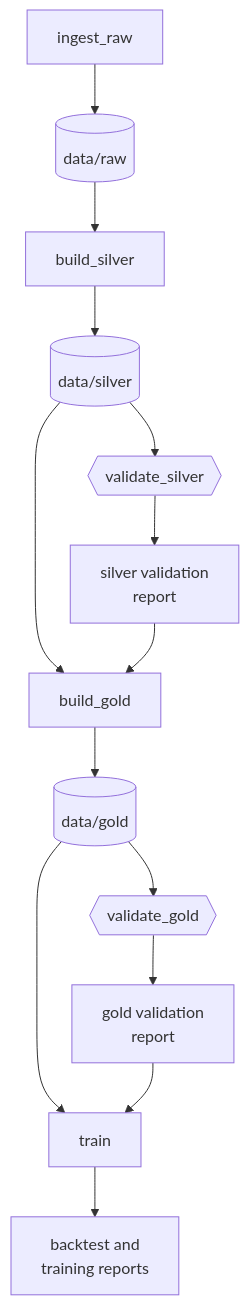
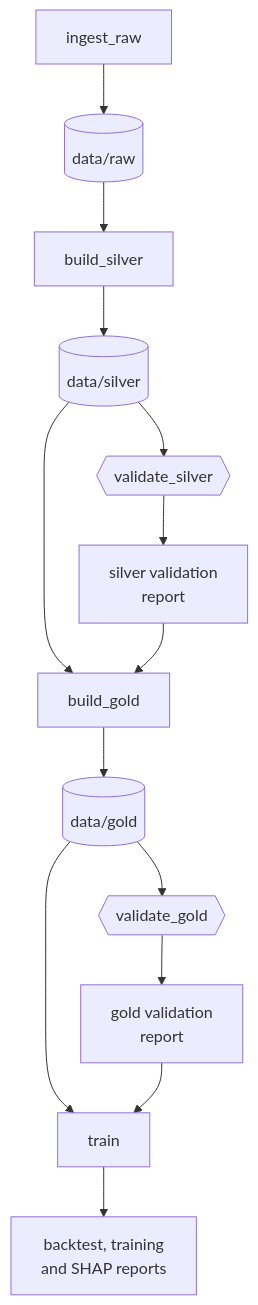
Before and after one commit to hazimmm/nyc-taxi-demand-mlops: the diagram in docs/learning/21-a-pipeline-that-knows-what-changed.md, drawn with Mermaid. The commit also changed other lines of this file and 28 other files, not shown here.

````diff
--- a/docs/learning/21-a-pipeline-that-knows-what-changed.md
+++ b/docs/learning/21-a-pipeline-that-knows-what-changed.md
@@ -98,16 +98,16 @@
 ```mermaid
 flowchart TD
     A["ingest_raw"] --> R[("data/raw")]
     R --> B["build_silver"]
     B --> S[("data/silver")]
     S --> G1{{"validate_silver"}}
     G1 --> P1["silver validation<br/>report"]
     S --> C["build_gold"]
     P1 --> C
     C --> GO[("data/gold")]
     GO --> G2{{"validate_gold"}}
     G2 --> P2["gold validation<br/>report"]
     GO --> TR["train"]
     P2 --> TR
-    TR --> P3["backtest and<br/>training reports"]
+    TR --> P3["backtest, training<br/>and SHAP reports"]
 ```
````
